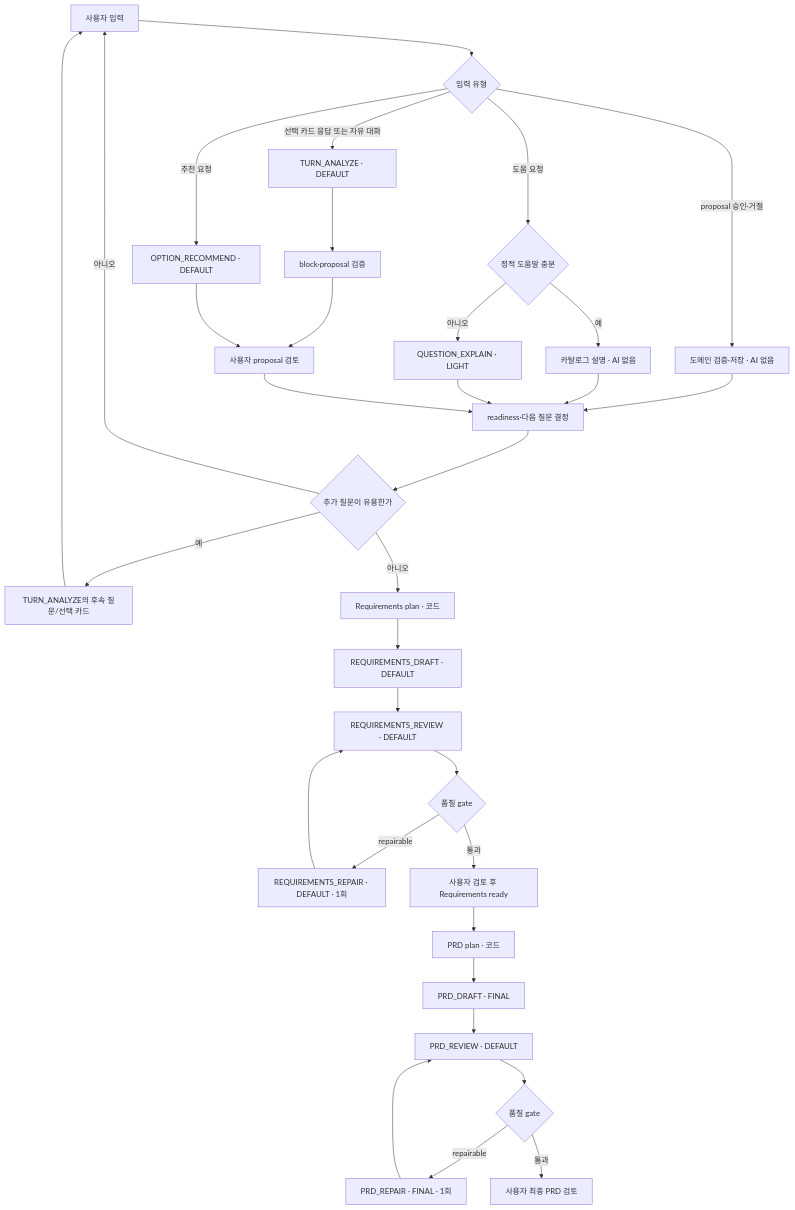
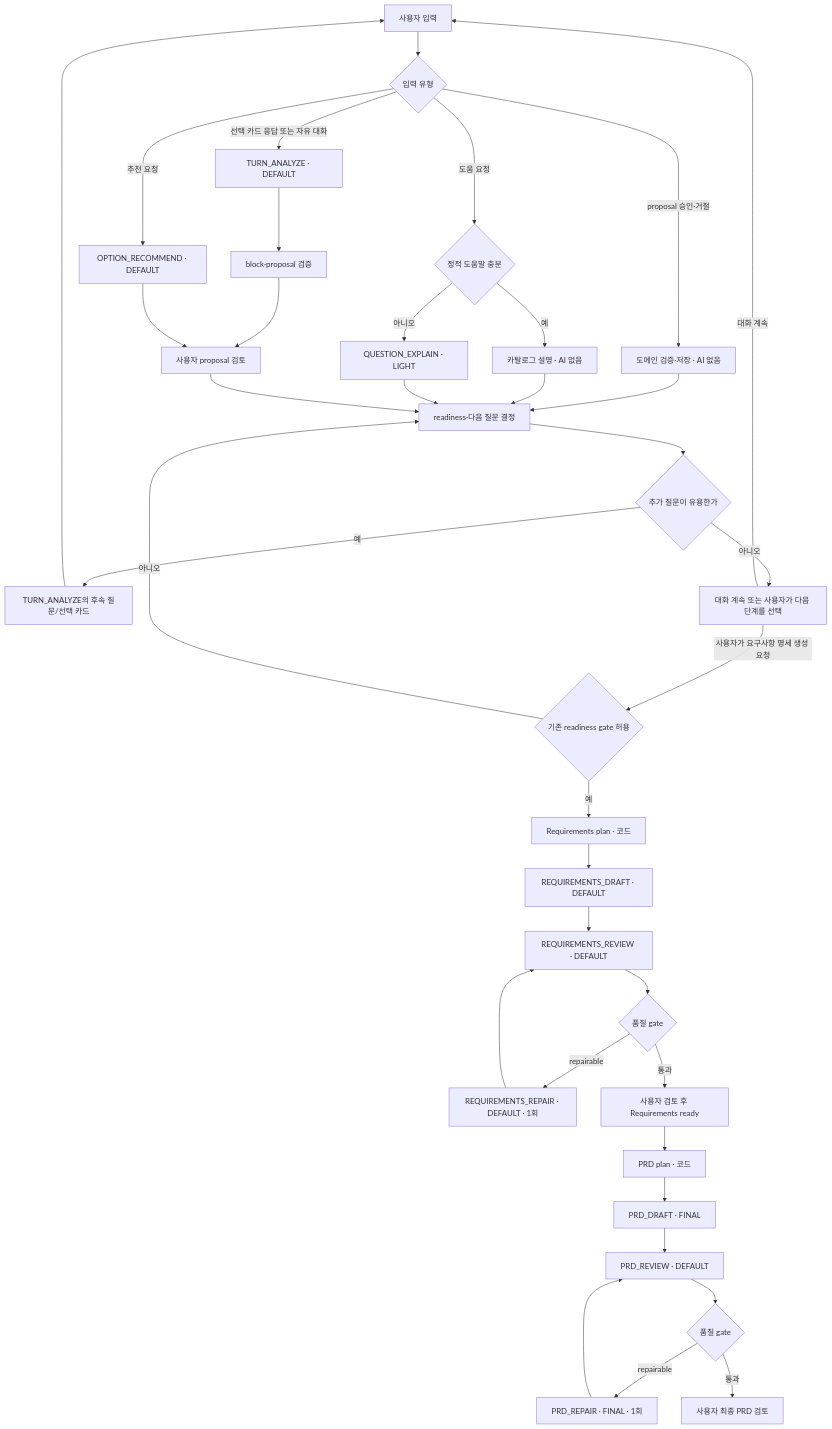
Before and after one commit to donghyunlee-dev/ai-agent-blueprint: the diagram in docs/product/12-ai-orchestration-and-model-policy.md, drawn with Mermaid. The commit also changed 1 other file, not shown here.

Commit message:
Clarify recommendation and document gates

````diff
--- a/docs/product/12-ai-orchestration-and-model-policy.md
+++ b/docs/product/12-ai-orchestration-and-model-policy.md
@@ -81,35 +81,38 @@
 ```mermaid
 flowchart TD
     A[사용자 입력] --> B{입력 유형}
     B -- 선택 카드 응답 또는 자유 대화 --> D[TURN_ANALYZE · DEFAULT]
     B -- proposal 승인·거절 --> C[도메인 검증·저장 · AI 없음]
     B -- 도움 요청 --> E{정적 도움말 충분}
     E -- 예 --> F[카탈로그 설명 · AI 없음]
     E -- 아니오 --> G[QUESTION_EXPLAIN · LIGHT]
     B -- 추천 요청 --> H[OPTION_RECOMMEND · DEFAULT]
     C --> I[readiness·다음 질문 결정]
     D --> J[block·proposal 검증]
     J --> K[사용자 proposal 검토]
     H --> K
     F --> I
     G --> I
     K --> I
     I --> L{추가 질문이 유용한가}
     L -- 예 --> M[TURN_ANALYZE의 후속 질문/선택 카드]
-    L -- 아니오 --> A
     M --> A
-    L -- 아니오 --> O[Requirements plan · 코드]
-    O --> P[REQUIREMENTS_DRAFT · DEFAULT]
-    P --> Q[REQUIREMENTS_REVIEW · DEFAULT]
-    Q --> R{품질 gate}
-    R -- repairable --> S[REQUIREMENTS_REPAIR · DEFAULT · 1회]
-    S --> Q
-    R -- 통과 --> T[사용자 검토 후 Requirements ready]
-    T --> U[PRD plan · 코드]
-    U --> V[PRD_DRAFT · FINAL]
-    V --> W[PRD_REVIEW · DEFAULT]
-    W --> X{품질 gate}
-    X -- repairable --> Y[PRD_REPAIR · FINAL · 1회]
-    Y --> W
-    X -- 통과 --> Z[사용자 최종 PRD 검토]
+    L -- 아니오 --> N[대화 계속 또는 사용자가 다음 단계를 선택]
+    N -- 대화 계속 --> A
+    N -- 사용자가 요구사항 명세 생성 요청 --> O{기존 readiness gate 허용}
+    O -- 아니오 --> I
+    O -- 예 --> P[Requirements plan · 코드]
+    P --> Q[REQUIREMENTS_DRAFT · DEFAULT]
+    Q --> R[REQUIREMENTS_REVIEW · DEFAULT]
+    R --> S{품질 gate}
+    S -- repairable --> T[REQUIREMENTS_REPAIR · DEFAULT · 1회]
+    T --> R
+    S -- 통과 --> U[사용자 검토 후 Requirements ready]
+    U --> V[PRD plan · 코드]
+    V --> W[PRD_DRAFT · FINAL]
+    W --> X[PRD_REVIEW · DEFAULT]
+    X --> Y{품질 gate}
+    Y -- repairable --> Z[PRD_REPAIR · FINAL · 1회]
+    Z --> X
+    Y -- 통과 --> AA[사용자 최종 PRD 검토]
 ```
````
